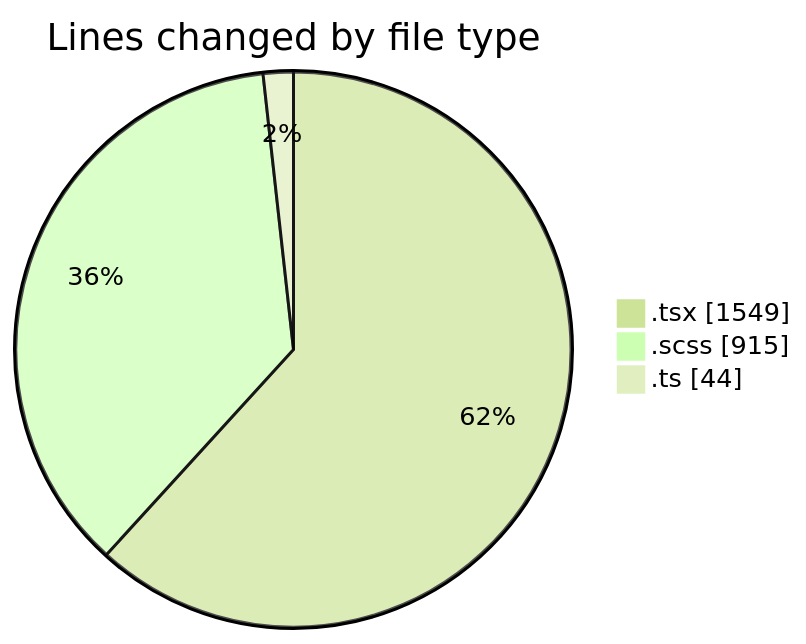
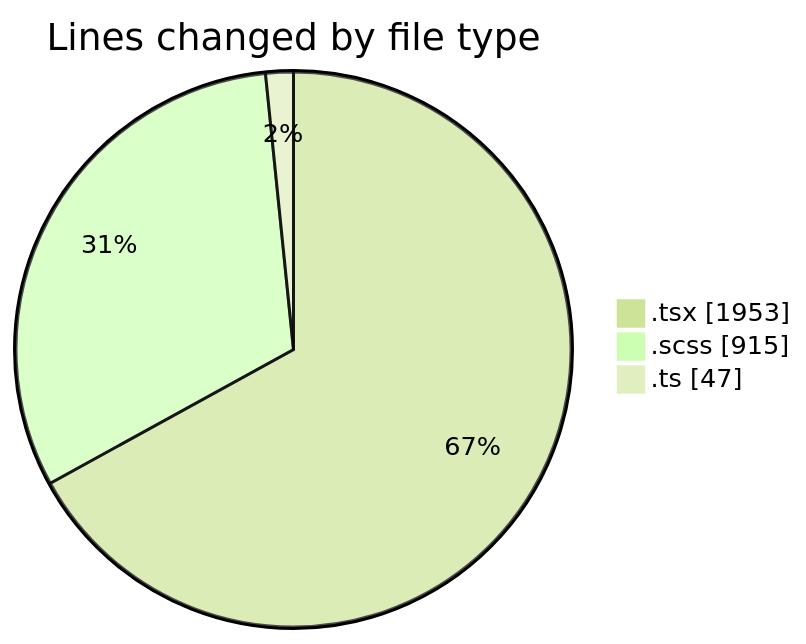
The first of 2 diagrams in 2025-03-27/cda/README.md (momahboobian/code-tracking), drawn with Mermaid (forest theme) before and after one commit. The commit also changed other lines of this file and 1 other file, not shown here.

````diff
--- a/2025-03-27/cda/README.md
+++ b/2025-03-27/cda/README.md
@@ -30,7 +34,7 @@
 ```mermaid
 pie showData
 title Lines changed by file type
-".tsx" : 1549
+".tsx" : 1953
 ".scss" : 915
-".ts" : 44
+".ts" : 47
 ```
````
